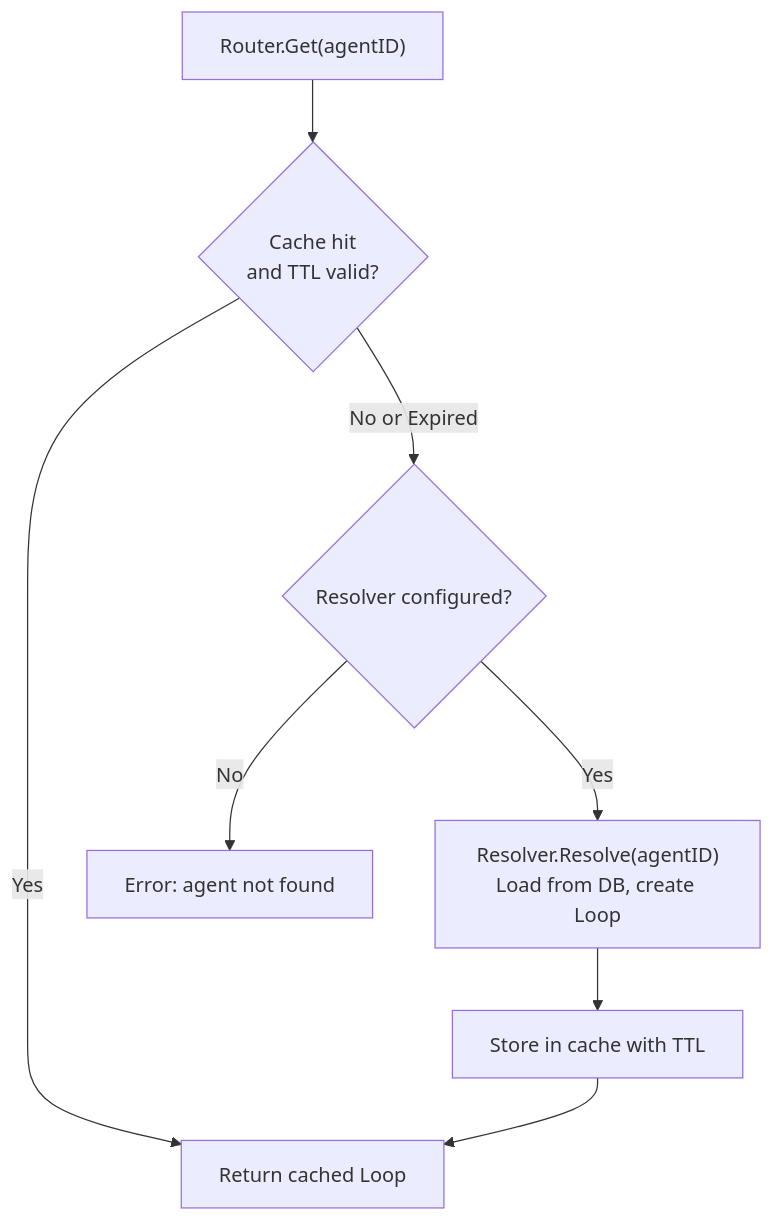
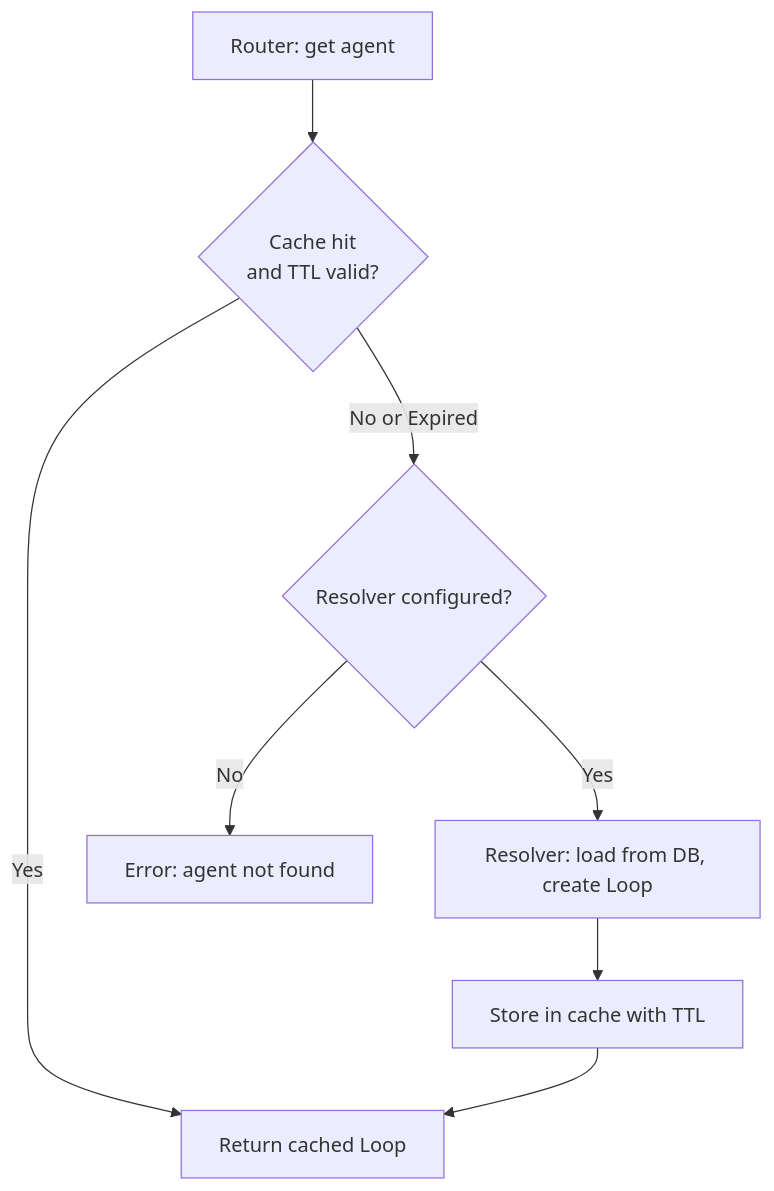
The seventh of 10 diagrams in docs/01-agent-loop.md (dailongmedia2603/goclaw), drawn with Mermaid before and after one commit. The commit also changed other lines of this file and 4 other files, not shown here.

````diff
--- a/docs/01-agent-loop.md
+++ b/docs/01-agent-loop.md
@@ -561,10 +561,10 @@
 ```mermaid
 flowchart TD
-    GET["Router.Get(agentID)"] --> CACHE{"Cache hit<br/>and TTL valid?"}
+    GET["Router: get agent"] --> CACHE{"Cache hit<br/>and TTL valid?"}
     CACHE -->|Yes| RETURN[Return cached Loop]
     CACHE -->|No or Expired| RESOLVE{"Resolver configured?"}
     RESOLVE -->|No| ERR["Error: agent not found"]
-    RESOLVE -->|Yes| DB["Resolver.Resolve(agentID)<br/>Load from DB, create Loop"]
+    RESOLVE -->|Yes| DB["Resolver: load from DB, create Loop"]
     DB --> STORE[Store in cache with TTL]
     STORE --> RETURN
 ```
````
